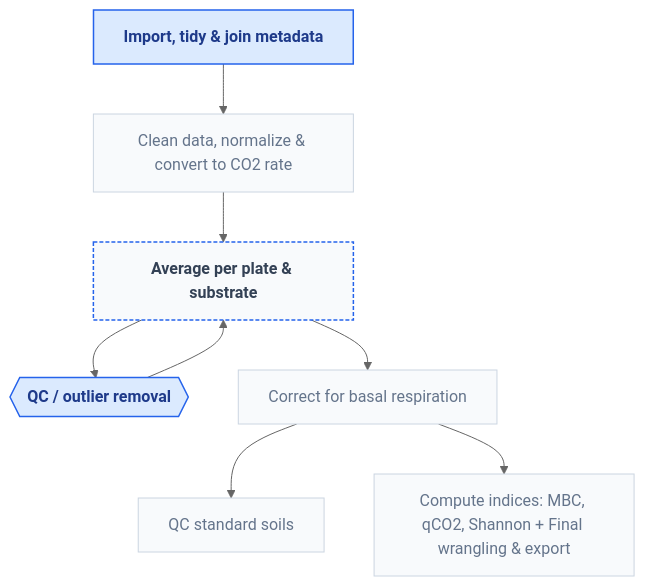
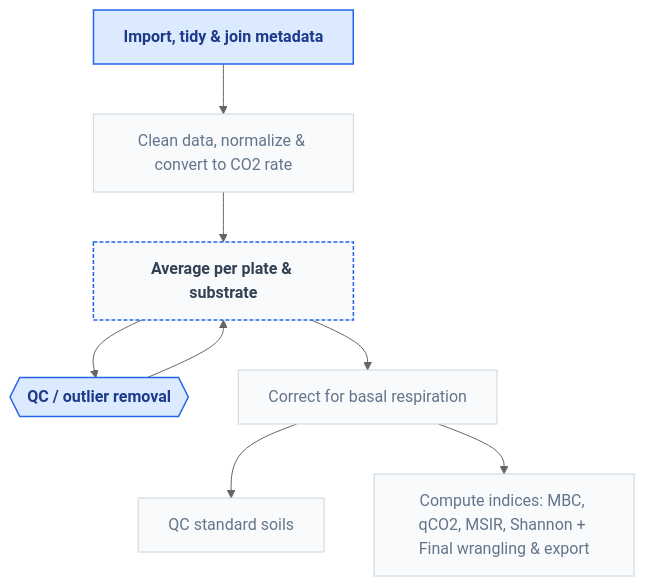
The diagram in vignettes/microresp.qmd (mdetoeuf/plate2N), drawn with Mermaid (neutral theme) before and after one commit.

Commit message:
minor change in microresp, MSIR added to the disagram as detail of index calculation

````diff
--- a/vignettes/microresp.qmd
+++ b/vignettes/microresp.qmd
@@ -48,23 +48,23 @@
 ```{mermaid}
 flowchart TD
   A[Import, tidy & join metadata]:::contribution --> C[Clean data, normalize & convert to CO2 rate]:::caseStudy
   C --> D[Average per plate & substrate]:::loopTarget
   D --> O{{QC / outlier removal}}:::contribution
   O --> D
   D --> F1[Correct for basal respiration]:::caseStudy
   F1 --> H[QC standard soils]:::caseStudy
-  F1 --> F2[Compute indices: MBC, qCO2, Shannon + Final wrangling & export]:::caseStudy
+  F1 --> F2[Compute indices: MBC, qCO2, MSIR, Shannon + Final wrangling & export]:::caseStudy
 
   classDef contribution fill:#dbeafe,stroke:#2563eb,color:#1e3a8a,stroke-width:1.5px,font-weight:bold;
   classDef caseStudy fill:#f8fafc,stroke:#cbd5e1,color:#64748b,stroke-width:1px;
   classDef loopTarget fill:#f8fafc,stroke:#2563eb,color:#334155,stroke-width:1.5px,stroke-dasharray:4 2,font-weight:bold;
   
   click A "#sec-import-tidy-metadata" "Section 2"
   click C "#sec-clean-normalize-convert" "Section 3"
   click D "#sec-average-outlier-removal" "Section 4"
   click O "#sec-average-outlier-removal" "Section 4"
   click F1 "#sec-basal-respiration" "Section 5"
   click H "#sec-qc-std-soils" "Section 6"
   click F2 "#sec-compute-indices" "Section 7"
   
 ```
````
